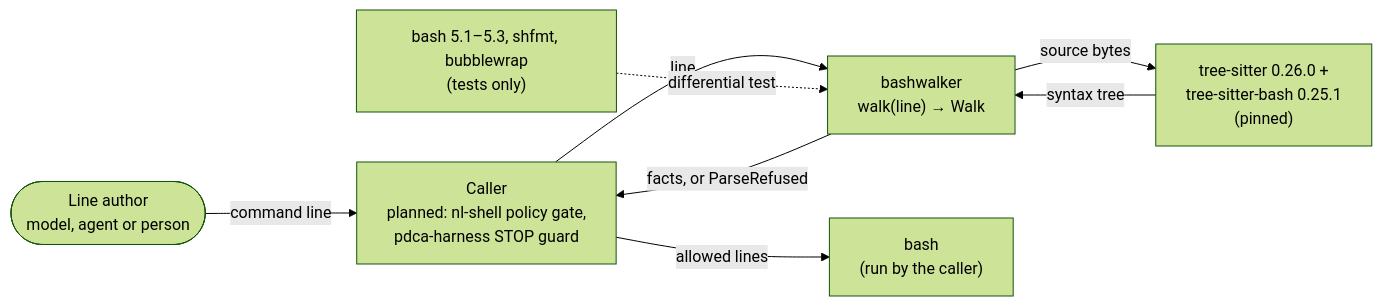
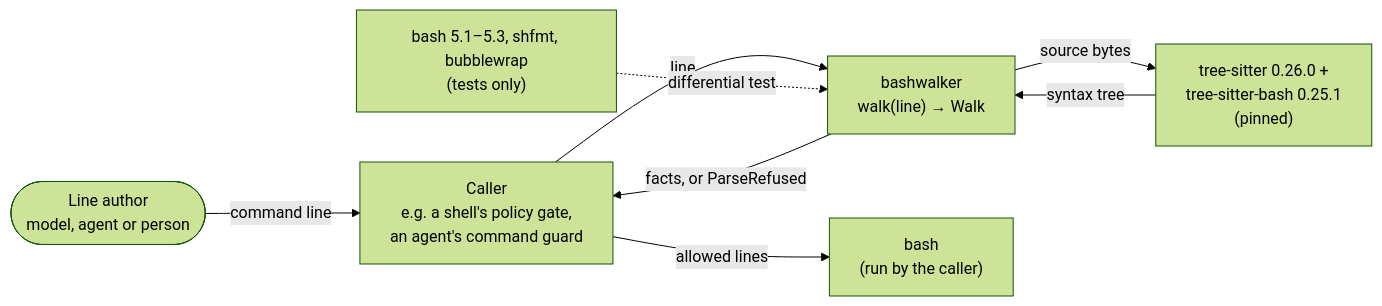
One commit to getwyrd/bashwalker changed the diagram in docs/design/architecture/03-context-and-scope.md. Above: the diagram before and after it, drawn with Mermaid (forest theme). The commit also changed 18 other files, not shown here.

First line of the commit message:
docs: address architecture review

````diff
--- a/docs/design/architecture/03-context-and-scope.md
+++ b/docs/design/architecture/03-context-and-scope.md
@@ -16,17 +16,17 @@
 ```mermaid
 graph LR
     author(["Line author<br/>model, agent or person"])
-    caller["Caller<br/>planned: nl-shell policy gate,<br/>pdca-harness STOP guard"]
+    caller["Caller<br/>e.g. a shell's policy gate,<br/>an agent's command guard"]
     bw["bashwalker<br/>walk(line) → Walk"]
     ts["tree-sitter 0.26.0 +<br/>tree-sitter-bash 0.25.1<br/>(pinned)"]
     bash["bash<br/>(run by the caller)"]
     oracles["bash 5.1–5.3, shfmt, bubblewrap<br/>(tests only)"]
 
     author -->|"command line"| caller
     caller -->|"line"| bw
     bw -->|"source bytes"| ts
     ts -->|"syntax tree"| bw
     bw -->|"facts, or ParseRefused"| caller
     caller -->|"allowed lines"| bash
     oracles -. "differential test" .-> bw
 ```
````
